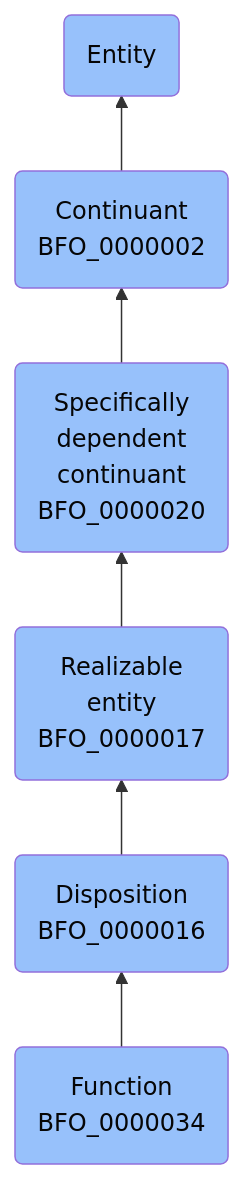
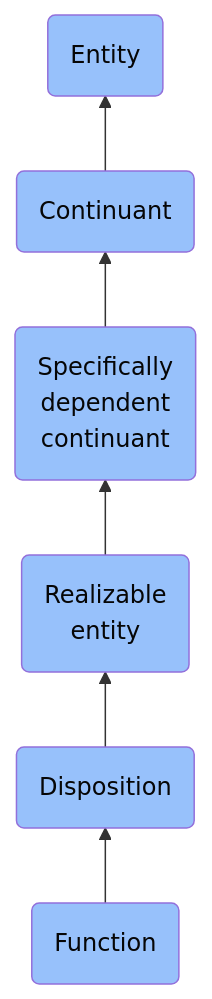
One commit to jupyter-naas/abi changed the diagram in docs/ontology/reference/model/Entity/Continuant/Specifically dependent continuant/Realizable entity/Disposition/Function/Function.md. Above: the diagram before and after it, drawn with Mermaid. The commit also changed other lines of this file and 1430 other files, not shown here.

````diff
--- a/docs/ontology/reference/model/Entity/Continuant/Specifically dependent continuant/Realizable entity/Disposition/Function/Function.md
+++ b/docs/ontology/reference/model/Entity/Continuant/Specifically dependent continuant/Realizable entity/Disposition/Function/Function.md
@@ -24,13 +24,13 @@
 ```mermaid
 graph BT
-    BFO_0000034(Function<br>BFO_0000034):::BFO-->BFO_0000016
-    BFO_0000016(Disposition<br>BFO_0000016):::BFO-->BFO_0000017
-    BFO_0000017(Realizable<br>entity<br>BFO_0000017):::BFO-->BFO_0000020
-    BFO_0000020(Specifically<br>dependent<br>continuant<br>BFO_0000020):::BFO-->BFO_0000002
-    BFO_0000002(Continuant<br>BFO_0000002):::BFO-->BFO_0000001
+    BFO_0000034(Function):::BFO-->BFO_0000016
+    BFO_0000016(Disposition):::BFO-->BFO_0000017
+    BFO_0000017(Realizable<br>entity):::BFO-->BFO_0000020
+    BFO_0000020(Specifically<br>dependent<br>continuant):::BFO-->BFO_0000002
+    BFO_0000002(Continuant):::BFO-->BFO_0000001
     BFO_0000001(Entity):::BFO
     
     classDef BFO fill:#97c1fb,color:#060606
     classDef CCO fill:#e4c51e,color:#060606
     classDef ABI fill:#48DD82,color:#060606
 ```
````
